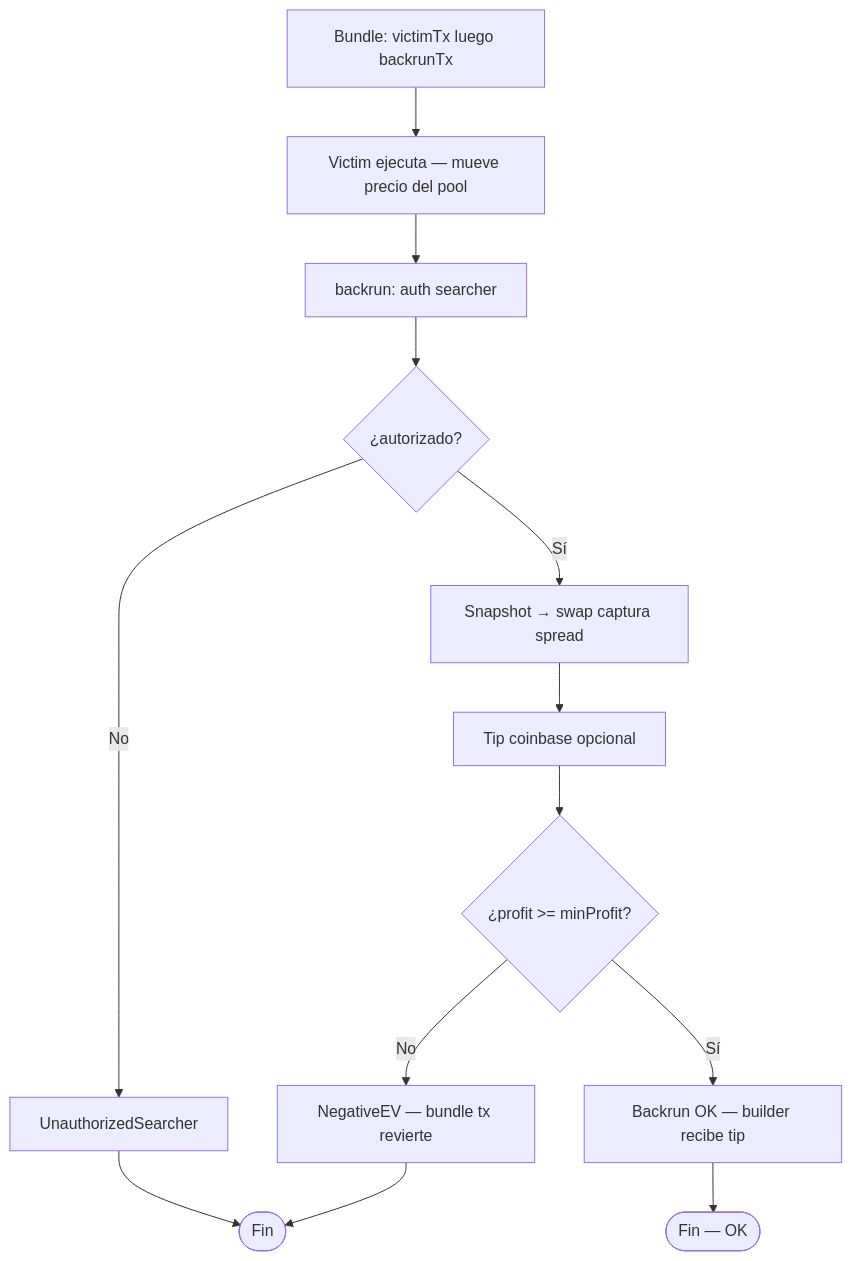
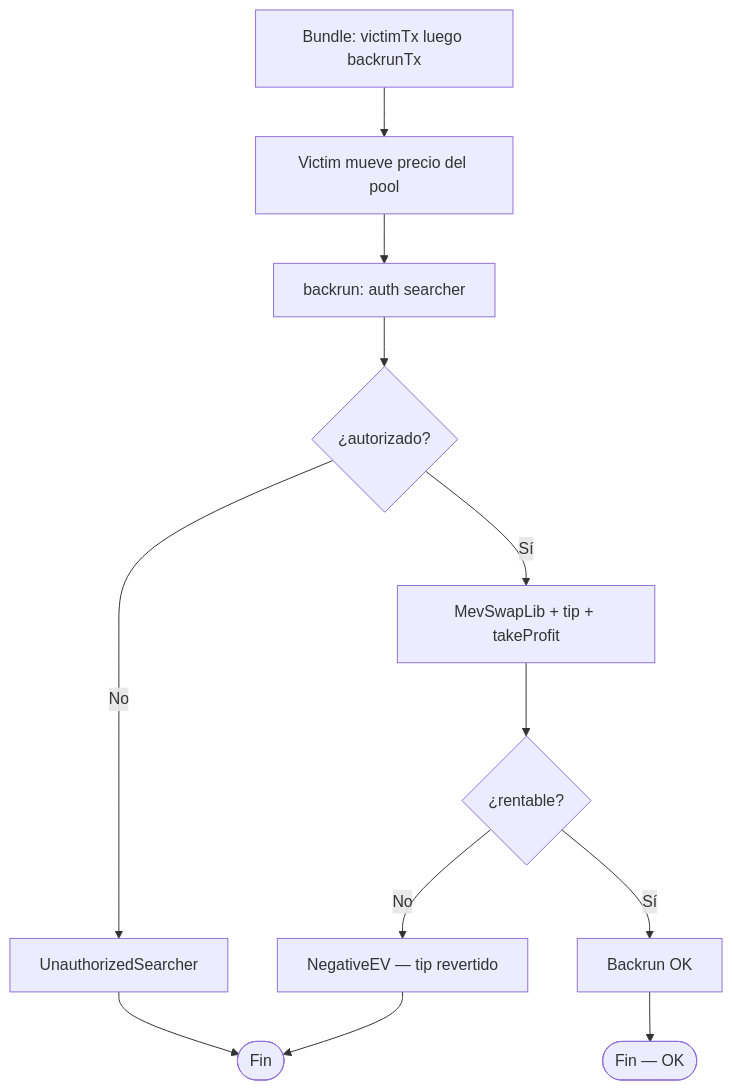
Before and after one commit to rastrahm/mev-hft-infra: the fourth of 9 diagrams in doc/diagrama-de-flujo.md, drawn with Mermaid. The commit also changed other lines of this file and 5 other files, not shown here.

````diff
--- a/doc/diagrama-de-flujo.md
+++ b/doc/diagrama-de-flujo.md
@@ -64,15 +63,14 @@
 ```mermaid
 flowchart TD
-    A[Bundle: victimTx luego backrunTx] --> B[Victim ejecuta — mueve precio del pool]
+    A[Bundle: victimTx luego backrunTx] --> B[Victim mueve precio del pool]
     B --> C[backrun: auth searcher]
     C --> D{¿autorizado?}
     D -->|No| R1[UnauthorizedSearcher]
-    D -->|Sí| E[Snapshot → swap captura spread]
-    E --> F[Tip coinbase opcional]
-    F --> G{¿profit >= minProfit?}
-    G -->|No| R2[NegativeEV — bundle tx revierte]
-    G -->|Sí| H[Backrun OK — builder recibe tip]
+    D -->|Sí| E[MevSwapLib + tip + takeProfit]
+    E --> F{¿rentable?}
+    F -->|No| R2[NegativeEV — tip revertido]
+    F -->|Sí| H[Backrun OK]
     R1 --> End([Fin])
     R2 --> End
     H --> Ok([Fin — OK])
 ```
````
